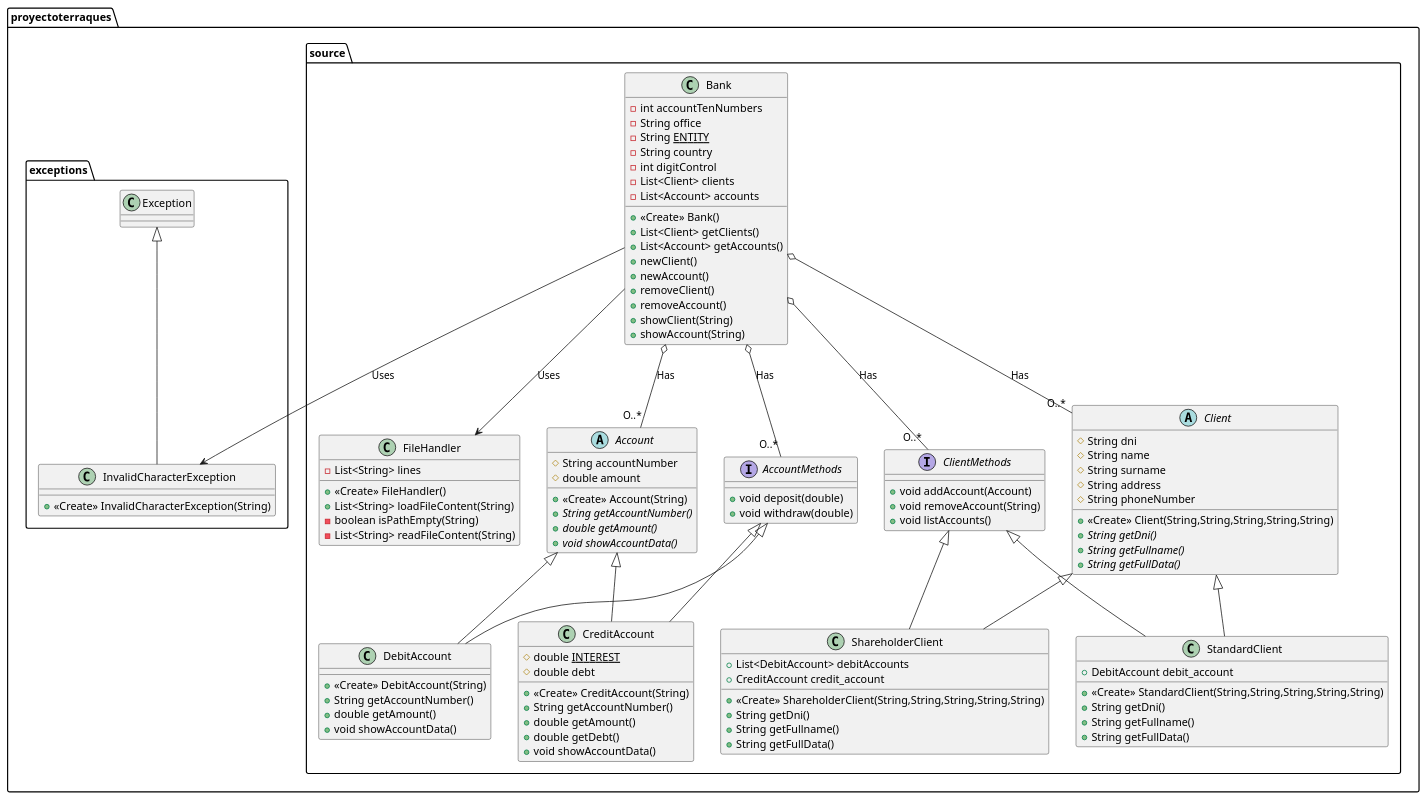
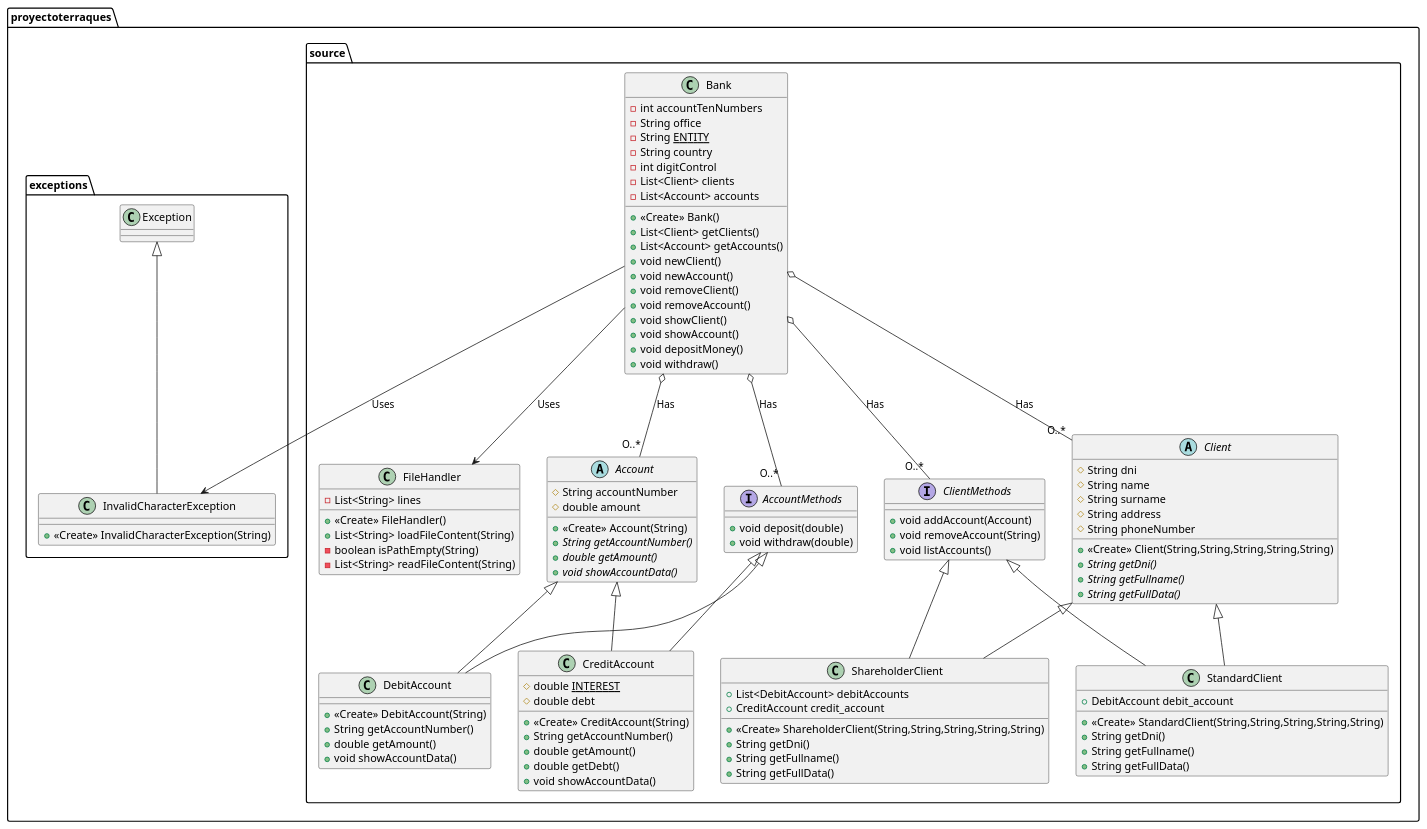
Before and after one commit to eabol/awesome-projects-prograii: the diagram in proyectoTerraques/src/proyectoterraques/docs/diagram.puml, drawn with PlantUML. The commit also changed 4 other files, not shown here.

```diff
--- a/proyectoTerraques/src/proyectoterraques/docs/diagram.puml
+++ b/proyectoTerraques/src/proyectoterraques/docs/diagram.puml
@@ -1,130 +1,132 @@
 @startuml
 
 
 class proyectoterraques.source.Bank {
 - int accountTenNumbers
 - String office
 - String <u>ENTITY</u>
 - String country
 - int digitControl
 - List<Client> clients
 - List<Account> accounts
 + <<Create>> Bank()
 + List<Client> getClients()
 + List<Account> getAccounts()
-+ newClient()
-+ newAccount()
-+ removeClient()
-+ removeAccount()
-+ showClient(String)
-+ showAccount(String)
++ void newClient()
++ void newAccount()
++ void removeClient()
++ void removeAccount()
++ void showClient()
++ void showAccount()
++ void depositMoney()
++ void withdraw()
 
 }
 
 abstract class proyectoterraques.source.Client {
 # String dni
 # String name
 # String surname
 # String address
 # String phoneNumber
 + <<Create>> Client(String,String,String,String,String)
 + {abstract}String getDni()
 + {abstract}String getFullname()
 + {abstract}String getFullData()
 }
 
 class proyectoterraques.source.ShareholderClient {
 + <<Create>> ShareholderClient(String,String,String,String,String)
 + String getDni()
 + String getFullname()
 + String getFullData()
 + List<DebitAccount> debitAccounts
 + CreditAccount credit_account
 }
 
 class proyectoterraques.source.StandardClient {
 + <<Create>> StandardClient(String,String,String,String,String)
 + String getDni()
 + String getFullname()
 + String getFullData()
 + DebitAccount debit_account
 }
 
 abstract class proyectoterraques.source.Account {
 #  String accountNumber
 #  double amount
 + <<Create>> Account(String)
 + {abstract} String getAccountNumber()
 + {abstract} double getAmount()
 + {abstract} void showAccountData()
 
 }
 
 interface proyectoterraques.source.AccountMethods {
 + void deposit(double)
 + void withdraw(double)
 
 
 }
 
 interface proyectoterraques.source.ClientMethods {
 +void addAccount(Account)
 +void removeAccount(String)
 +void listAccounts()
 
 }
 
 class proyectoterraques.source.DebitAccount {
 + <<Create>> DebitAccount(String)
 + String getAccountNumber()
 + double getAmount()
 + void showAccountData()
 
 
 }
 
 class proyectoterraques.source.CreditAccount {
 # double <u>INTEREST</u>
 # double debt
 + <<Create>> CreditAccount(String)
 + String getAccountNumber()
 + double getAmount()
 + double getDebt()
 + void showAccountData()
 
 
 }
 
 class proyectoterraques.source.FileHandler {
 - List<String> lines
 + <<Create>> FileHandler()
 + List<String> loadFileContent(String)
 - boolean isPathEmpty(String)
 - List<String> readFileContent(String)
 }
 
 class proyectoterraques.exceptions.Exception{
 
 }
 
 class proyectoterraques.exceptions.InvalidCharacterException{
 + <<Create>> InvalidCharacterException(String)
 
 }
 
 proyectoterraques.source.Bank o-- "O..*" proyectoterraques.source.Account : Has
 proyectoterraques.source.Bank o-- "O..*" proyectoterraques.source.Client : Has
 proyectoterraques.source.Bank o-- "O..*" proyectoterraques.source.AccountMethods : Has
 proyectoterraques.source.Bank o-- "O..*" proyectoterraques.source.ClientMethods : Has
 proyectoterraques.source.Client <|-- proyectoterraques.source.ShareholderClient
 proyectoterraques.source.ClientMethods <|-- proyectoterraques.source.ShareholderClient
 proyectoterraques.source.Account <|-- proyectoterraques.source.DebitAccount
 proyectoterraques.source.AccountMethods <|-- proyectoterraques.source.DebitAccount
 proyectoterraques.source.Client <|-- proyectoterraques.source.StandardClient
 proyectoterraques.source.ClientMethods <|-- proyectoterraques.source.StandardClient
 proyectoterraques.source.Account <|-- proyectoterraques.source.CreditAccount
 proyectoterraques.source.AccountMethods <|-- proyectoterraques.source.CreditAccount
 proyectoterraques.source.Bank --> proyectoterraques.source.FileHandler : Uses
 proyectoterraques.source.Bank --> proyectoterraques.exceptions.InvalidCharacterException : Uses
 proyectoterraques.exceptions.Exception <|-- proyectoterraques.exceptions.InvalidCharacterException
 @enduml
```
